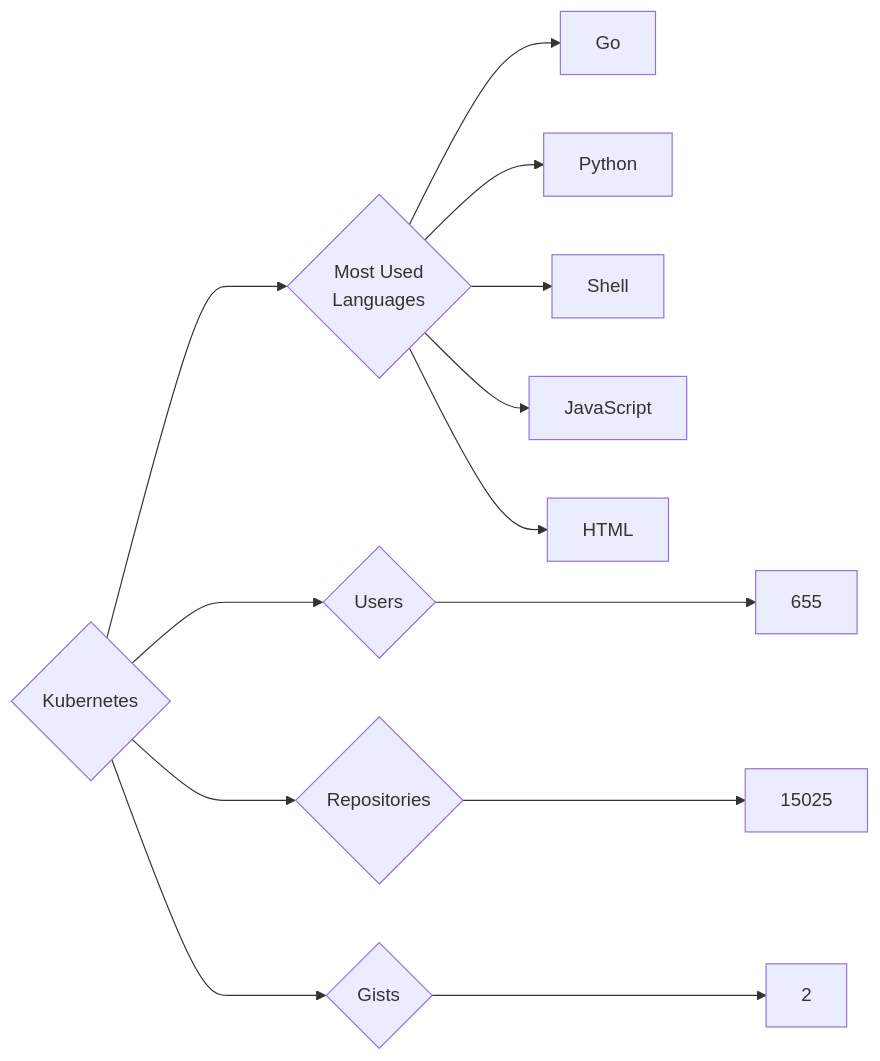
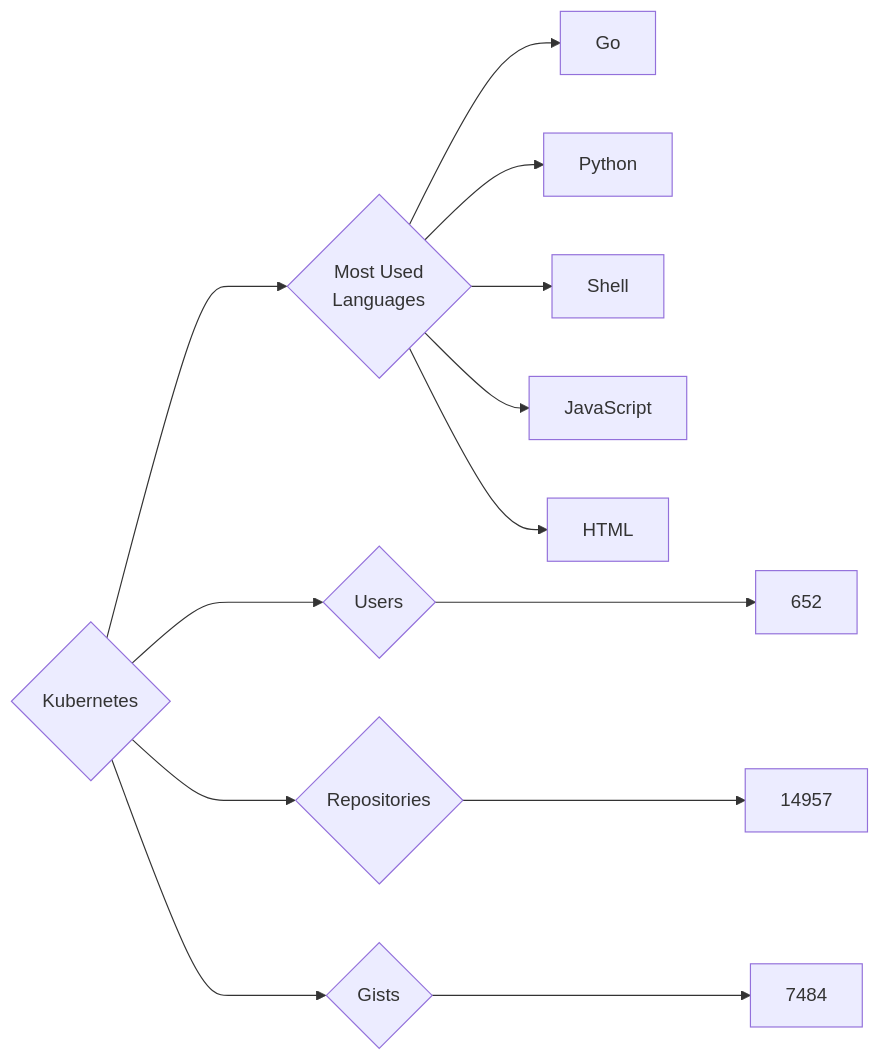
One commit to trickest/insiders changed the diagram in targets/Kubernetes/README.md. Above: the diagram before and after it, drawn with Mermaid. The commit also changed 872 other files, not shown here.

````diff
--- a/targets/Kubernetes/README.md
+++ b/targets/Kubernetes/README.md
@@ -3,13 +3,13 @@
 ```mermaid
 graph LR
 COMPANY_NAME{Kubernetes}
-COMPANY_NAME ---> U{Users} ---> UN[655]
-COMPANY_NAME ---> R{Repositories} ---> RN[15025]
-COMPANY_NAME ---> G{Gists} ---> GN[2]
+COMPANY_NAME ---> U{Users} ---> UN[652]
+COMPANY_NAME ---> R{Repositories} ---> RN[14957]
+COMPANY_NAME ---> G{Gists} ---> GN[7484]
 COMPANY_NAME ---> ML{Most Used<br>Languages}
 ML --> Go[Go]
 ML --> Python[Python]
 ML --> Shell[Shell]
 ML --> JavaScript[JavaScript]
 ML --> HTML[HTML]
 ```
````
